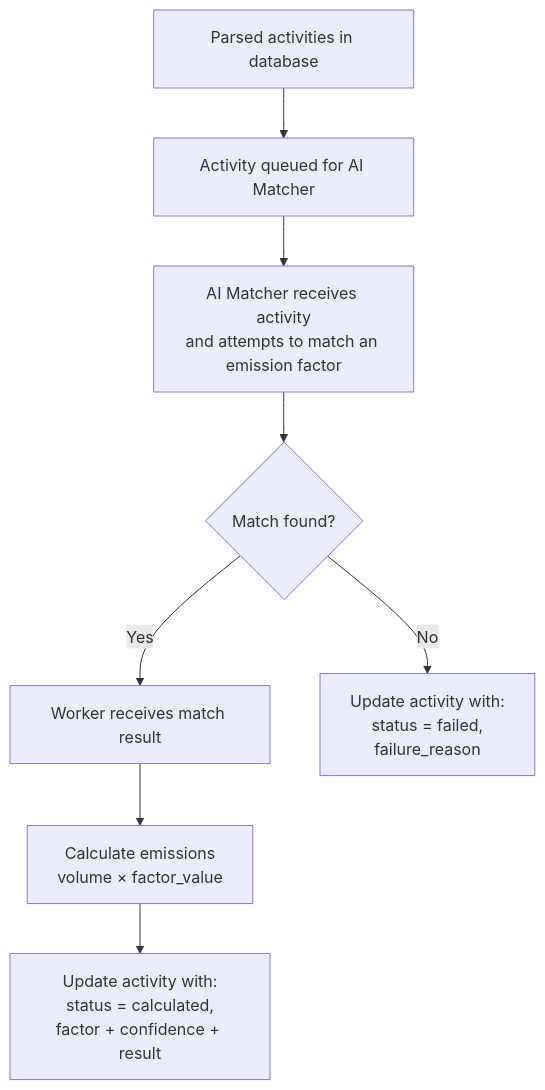
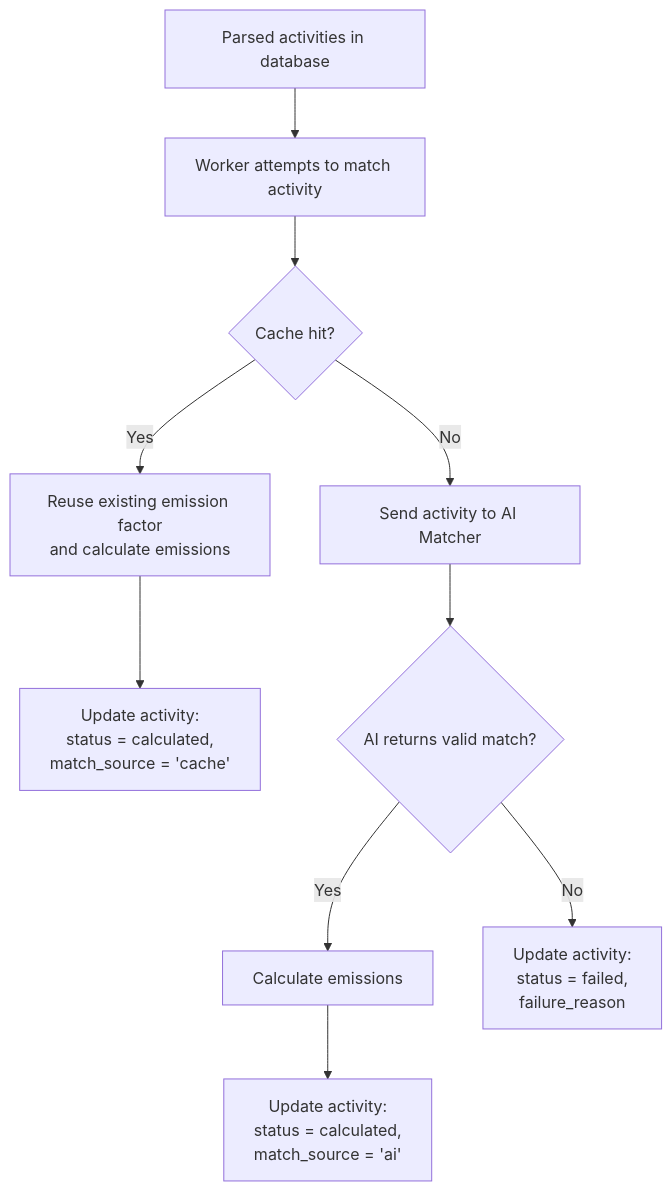
One commit to svarlet/terrascope_case_study changed the third of 3 diagrams in README.template.md. Above: the diagram before and after it, drawn with Mermaid. The commit also changed other lines of this file and 3 other files, not shown here.

````diff
--- a/README.template.md
+++ b/README.template.md
@@ -141,12 +135,16 @@
 ```mermaid
 flowchart TD
-    A[Parsed activities in database] --> B[Activity queued for AI Matcher]
-    B --> C[AI Matcher receives activity<br>and attempts to match an emission factor]
-    C --> D{Match found?}
+    A[Parsed activities in database] --> B[Worker attempts to match activity]
+    B --> C{Cache hit?}
 
-    D -- Yes --> E[Worker receives match result]
-    E --> F[Calculate emissions<br>volume × factor_value]
-    F --> G[Update activity with:<br>status = calculated,<br>factor + confidence + result]
+    C -- Yes --> D[Reuse existing emission factor<br>and calculate emissions]
+    D --> E[Update activity:<br>status = calculated,<br>match_source = 'cache']
 
-    D -- No --> H[Update activity with:<br>status = failed,<br>failure_reason]
+    C -- No --> F[Send activity to AI Matcher]
+    F --> G{AI returns valid match?}
+
+    G -- Yes --> H[Calculate emissions]
+    H --> I[Update activity:<br>status = calculated,<br>match_source = 'ai']
+
+    G -- No --> J[Update activity:<br>status = failed,<br>failure_reason]
 ```
````
